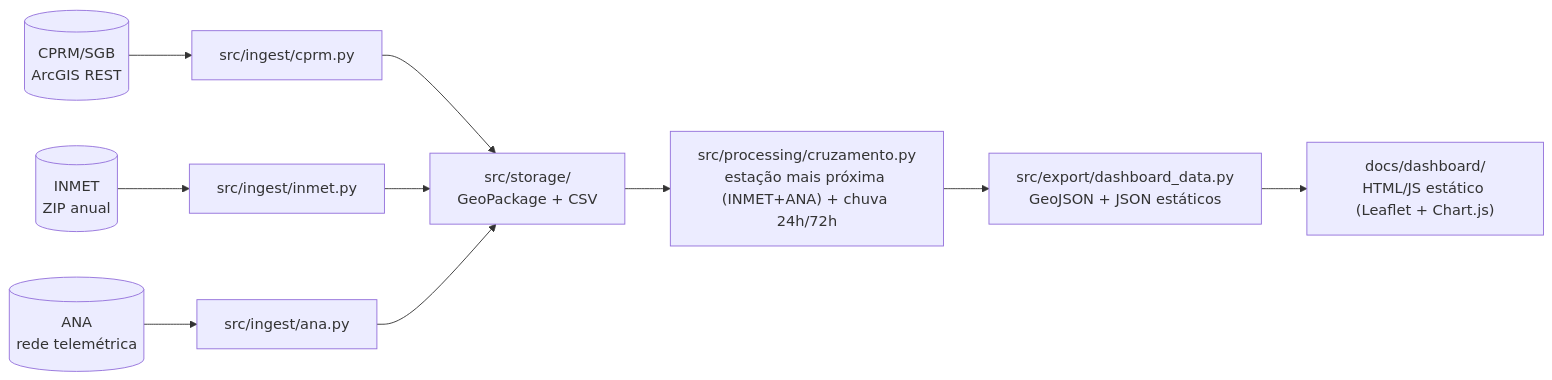
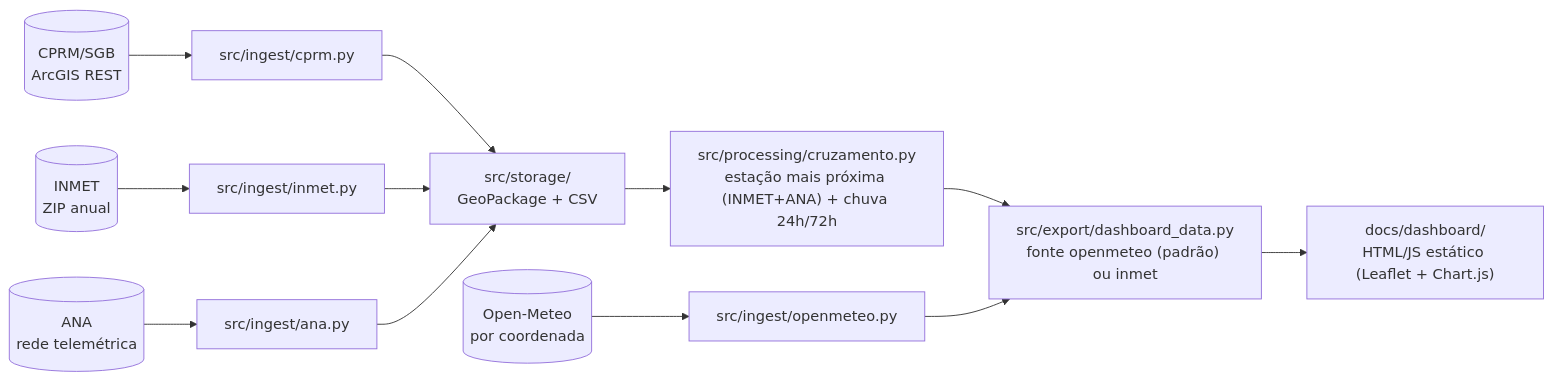
One commit to hcristosm/ORCA changed the diagram in README.md. Above: the diagram before and after it, drawn with Mermaid. The commit also changed other lines of this file and 5 other files, not shown here.

````diff
--- a/README.md
+++ b/README.md
@@ -72,12 +73,14 @@
 ```mermaid
 flowchart LR
     CPRM[("CPRM/SGB<br/>ArcGIS REST")] --> ING1["src/ingest/cprm.py"]
     INMET[("INMET<br/>ZIP anual")] --> ING2["src/ingest/inmet.py"]
     ANA[("ANA<br/>rede telemétrica")] --> ING3["src/ingest/ana.py"]
+    OM[("Open-Meteo<br/>por coordenada")] --> ING4["src/ingest/openmeteo.py"]
     ING1 --> STORE["src/storage/<br/>GeoPackage + CSV"]
     ING2 --> STORE
     ING3 --> STORE
     STORE --> PROC["src/processing/cruzamento.py<br/>estação mais próxima (INMET+ANA) + chuva 24h/72h"]
-    PROC --> EXPORT["src/export/dashboard_data.py<br/>GeoJSON + JSON estáticos"]
+    PROC --> EXPORT["src/export/dashboard_data.py<br/>fonte openmeteo (padrão) ou inmet"]
+    ING4 --> EXPORT
     EXPORT --> DASH["docs/dashboard/<br/>HTML/JS estático (Leaflet + Chart.js)"]
 ```
````
